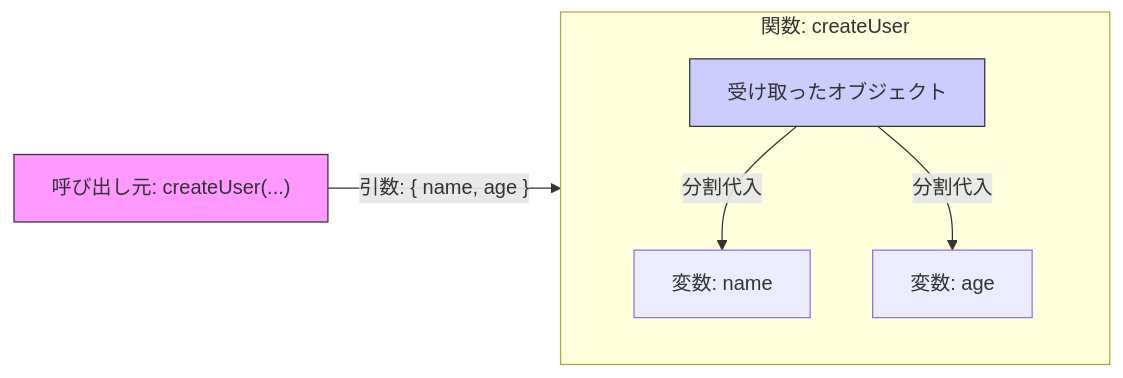
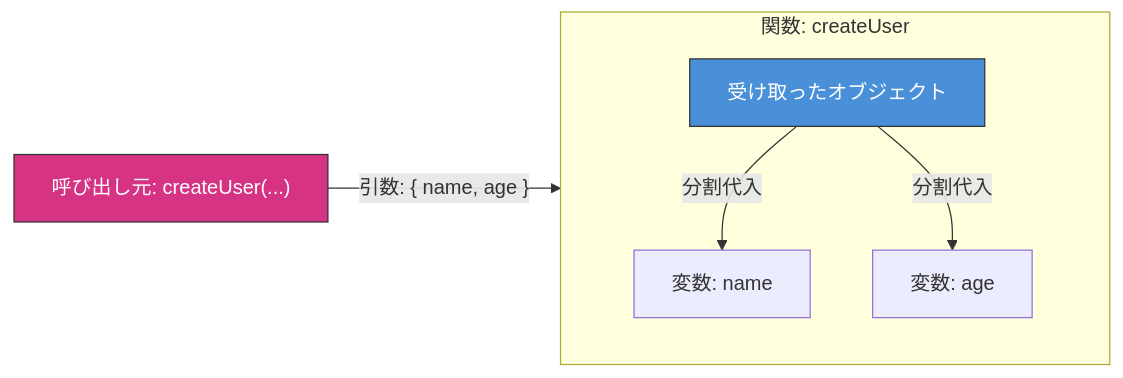
The diagram in D05.md (komiyamma/site_ichika_destruct-spread-named-rest), drawn with Mermaid before and after one commit. The commit also changed 4 other files, not shown here.

Commit message:
docs(diagrams): Mermaid 図のスタイルと配色を調整

````diff
--- a/D05.md
+++ b/D05.md
@@ -80,16 +80,16 @@
 ```mermaid
 flowchart LR
     Caller["呼び出し元: createUser(...)"] -- "引数: { name, age }" --> Func((関数内部))
     
     subgraph Func [関数: createUser]
         direction TB
         Args[受け取ったオブジェクト]
         Var1[変数: name]
         Var2[変数: age]
         
         Args -- 分割代入 --> Var1 & Var2
     end
     
-    style Caller fill:#f9f,stroke:#333
-    style Args fill:#ccf,stroke:#333
+    style Caller fill:#d63384,stroke:#333,color:#fff
+    style Args fill:#4a90d9,stroke:#333,color:#fff
 ```
````
